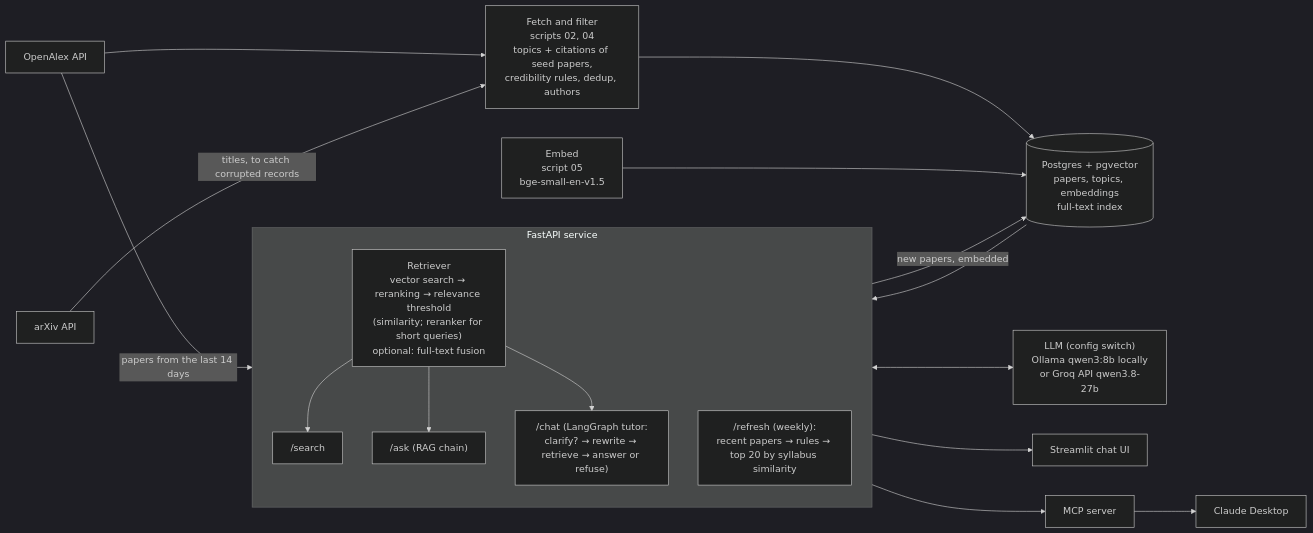
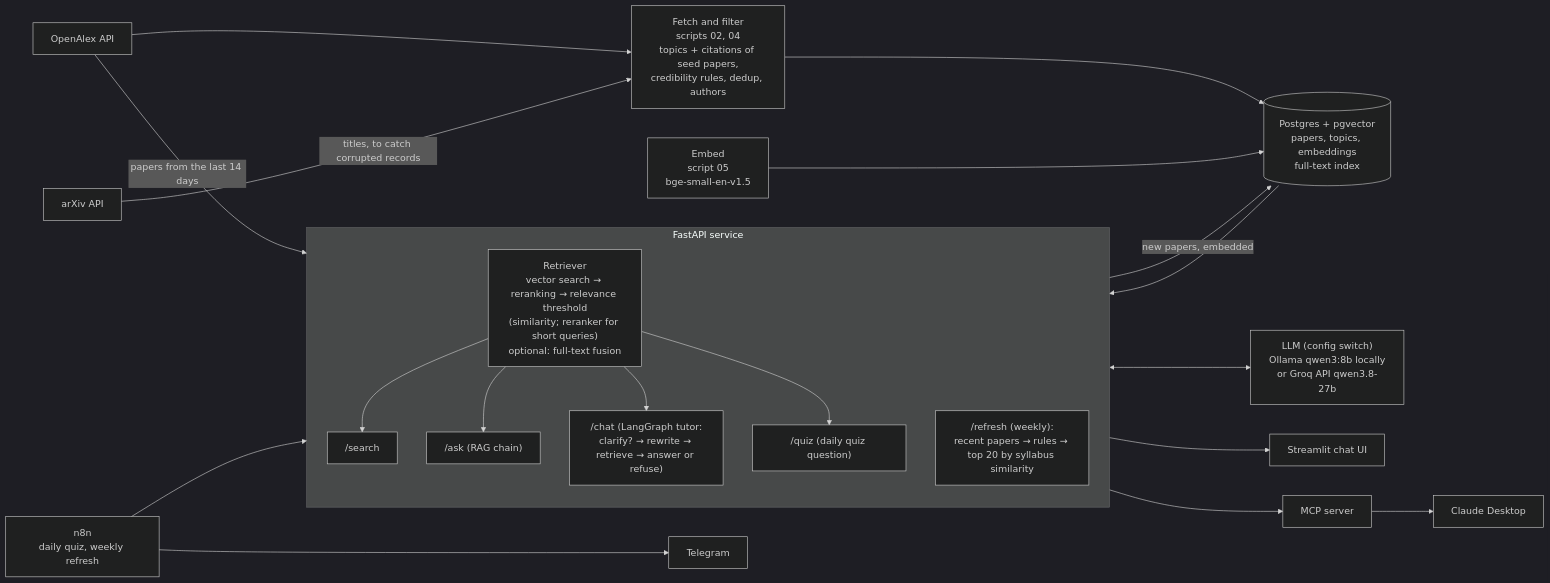
Before and after one commit to AymenFeki/paper-tutor: the first of 2 diagrams in README.md, drawn with Mermaid (dark theme). The commit also changed other lines of this file, not shown here.

````diff
--- a/README.md
+++ b/README.md
@@ -21,28 +23,32 @@
 ```mermaid
 flowchart LR
     OA[OpenAlex API] --> FETCH["Fetch and filter<br/>scripts 02, 04<br/>topics + citations of seed papers,<br/>credibility rules, dedup, authors"]
     AX[arXiv API] -->|titles, to catch corrupted records| FETCH
     FETCH --> DB[("Postgres + pgvector<br/>papers, topics, embeddings<br/>full-text index")]
     EMB["Embed<br/>script 05<br/>bge-small-en-v1.5"] --> DB
 
     subgraph API["FastAPI service"]
         direction TB
         RET["Retriever<br/>vector search → reranking → relevance threshold<br/>(similarity; reranker for short queries)<br/>optional: full-text fusion"]
         SEARCH["/search"]
         ASK["/ask (RAG chain)"]
         CHAT["/chat (LangGraph tutor:<br/>clarify? → rewrite → retrieve → answer or refuse)"]
+        QUIZ["/quiz (daily quiz question)"]
         REFRESH["/refresh (weekly):<br/>recent papers → rules → top 20 by syllabus similarity"]
         RET --> SEARCH
         RET --> ASK
         RET --> CHAT
+        RET --> QUIZ
     end
 
     OA -->|papers from the last 14 days| REFRESH
     REFRESH -->|new papers, embedded| DB
 
     DB --> API
     API <--> LLM["LLM (config switch)<br/>Ollama qwen3:8b locally<br/>or Groq API qwen3.8-27b"]
     API --> UI["Streamlit chat UI"]
     API --> MCP["MCP server"]
     MCP --> CD["Claude Desktop"]
+    N8N["n8n<br/>daily quiz, weekly refresh"] --> API
+    N8N --> TG["Telegram"]
 ```
````
